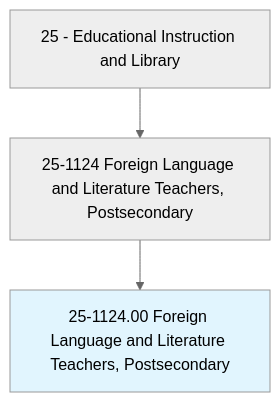
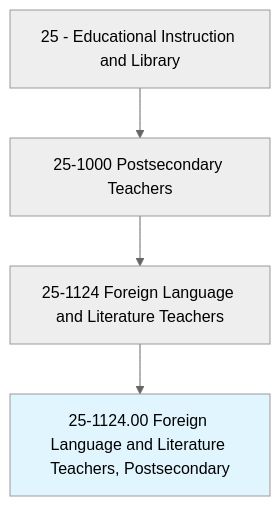
Before and after one commit to kziemski/business.org.ai: the first of 4 diagrams in occupations/Education/ForeignLanguageAndLiteratureTeachersPostsecondary.mdx, drawn with Mermaid (neutral theme). The commit also changed other lines of this file and 938 other files, not shown here.

````diff
--- a/occupations/Education/ForeignLanguageAndLiteratureTeachersPostsecondary.mdx
+++ b/occupations/Education/ForeignLanguageAndLiteratureTeachersPostsecondary.mdx
@@ -19,6 +23,7 @@
 ```mermaid
 graph TD
-    Cat25["25 - Educational Instruction and Library"] --> Group251124["25-1124 Foreign Language and Literature Teachers, Postsecondary"]
+    Cat25["25 - Educational Instruction and Library"] --> Group251["25-1000 Postsecondary Teachers"]
+    Group251 --> Group251124["25-1124 Foreign Language and Literature Teachers"]
     Group251124 --> Current["25-1124.00 Foreign Language and Literature Teachers, Postsecondary"]
     style Current fill:#e1f5fe
 ```
````
